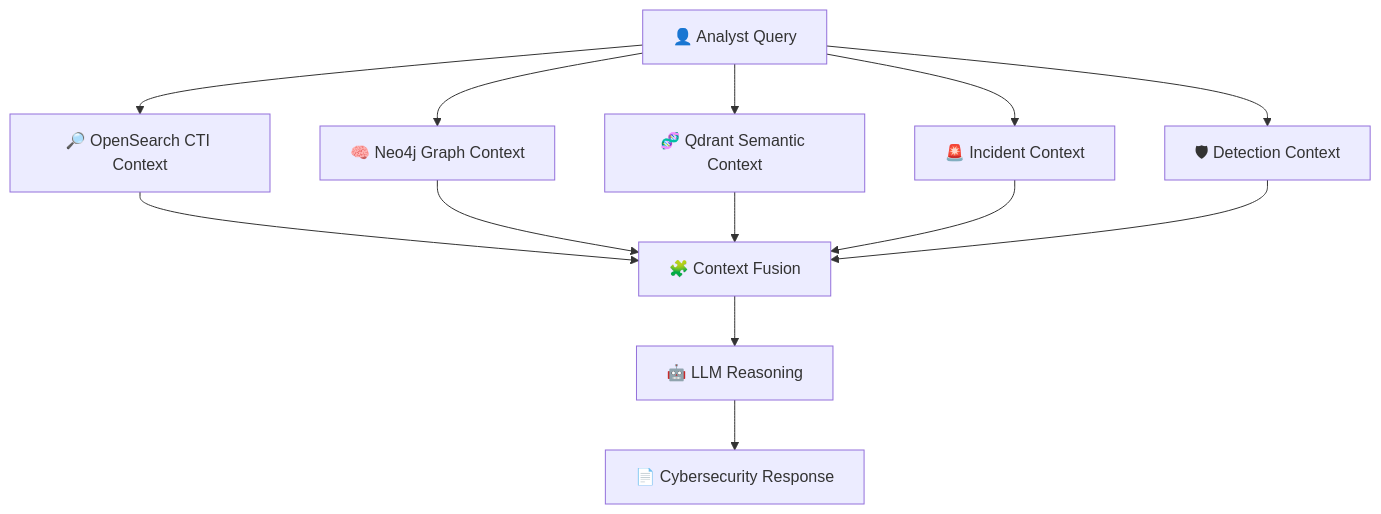
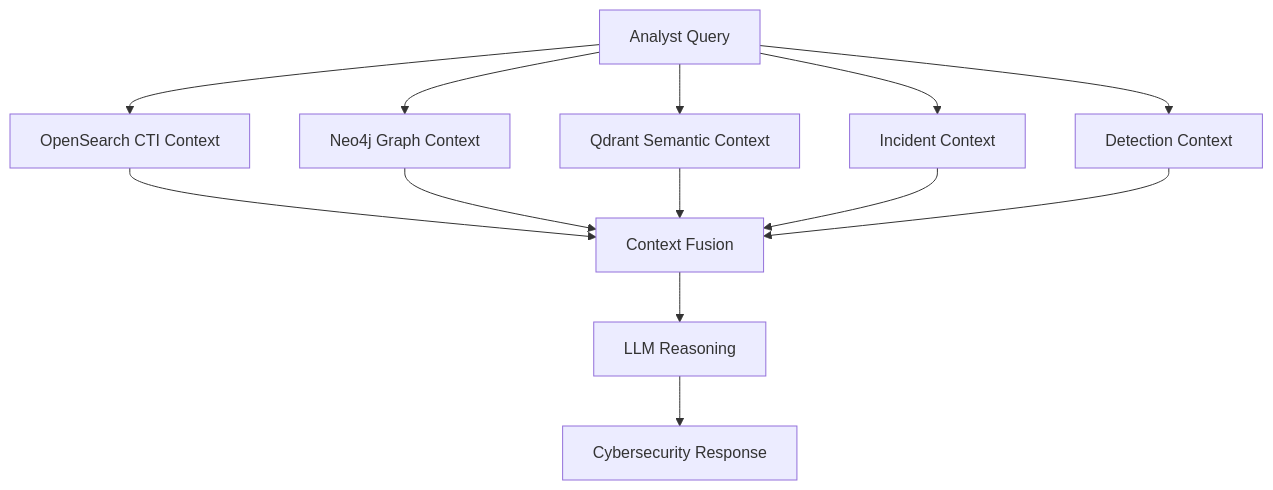
One commit to aminemaouhoub1312/ShadowScope-AM changed the sixth of 11 diagrams in README.md. Above: the diagram before and after it, drawn with Mermaid. The commit also changed other lines of this file, not shown here.

````diff
--- a/README.md
+++ b/README.md
@@ -442,20 +442,20 @@
 ```mermaid
 flowchart TD
 
-A["👤 Analyst Query"]
+A[" Analyst Query"]
 
-A --> B["🔎 OpenSearch CTI Context"]
-A --> C["🧠 Neo4j Graph Context"]
-A --> D["🧬 Qdrant Semantic Context"]
-A --> E["🚨 Incident Context"]
-A --> F["🛡 Detection Context"]
+A --> B[" OpenSearch CTI Context"]
+A --> C[" Neo4j Graph Context"]
+A --> D[" Qdrant Semantic Context"]
+A --> E[" Incident Context"]
+A --> F[" Detection Context"]
 
-B --> G["🧩 Context Fusion"]
+B --> G[" Context Fusion"]
 C --> G
 D --> G
 E --> G
 F --> G
 
-G --> H["🤖 LLM Reasoning"]
-H --> I["📄 Cybersecurity Response"]
+G --> H[" LLM Reasoning"]
+H --> I["  Cybersecurity Response"]
 ```
````
